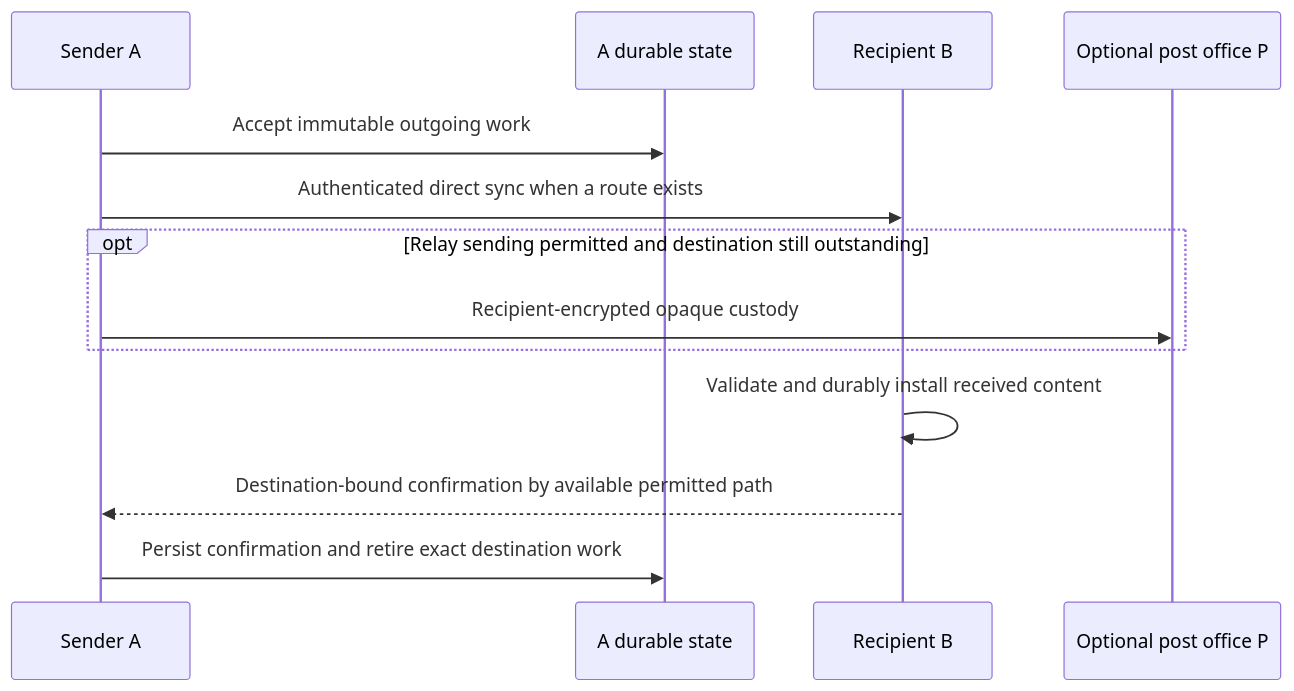
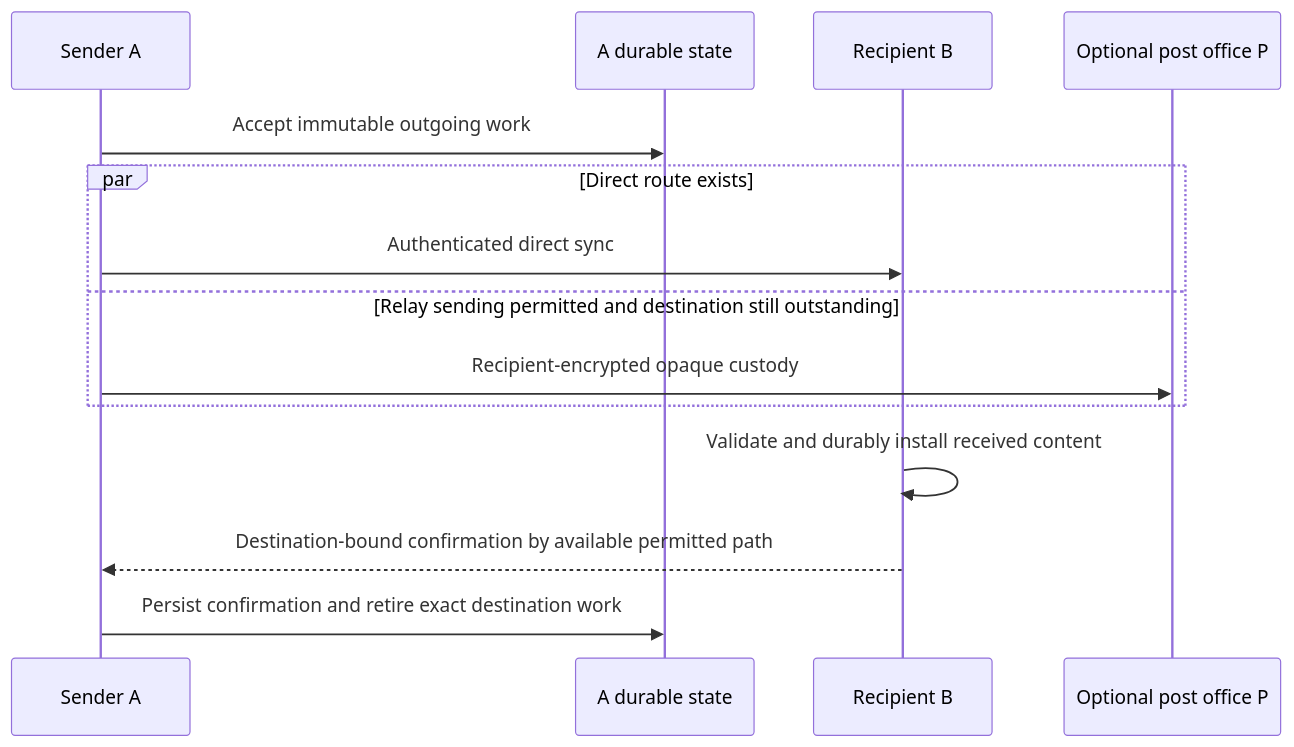
The second of 43 diagrams in docs/network-design-reference.md (OctopusGarage/mesh-talk), drawn with Mermaid before and after one commit. The commit also changed other lines of this file and 4 other files, not shown here.

````diff
--- a/docs/network-design-reference.md
+++ b/docs/network-design-reference.md
@@ -714,15 +714,16 @@
 ```mermaid
 sequenceDiagram
   participant A as Sender A
   participant Local as A durable state
   participant B as Recipient B
   participant P as Optional post office P
   A->>Local: Accept immutable outgoing work
-  A->>B: Authenticated direct sync when a route exists
-  opt Relay sending permitted and destination still outstanding
+  par Direct route exists
+    A->>B: Authenticated direct sync
+  and Relay sending permitted and destination still outstanding
     A->>P: Recipient-encrypted opaque custody
   end
   B->>B: Validate and durably install received content
   B-->>A: Destination-bound confirmation by available permitted path
   A->>Local: Persist confirmation and retire exact destination work
 ```
````
